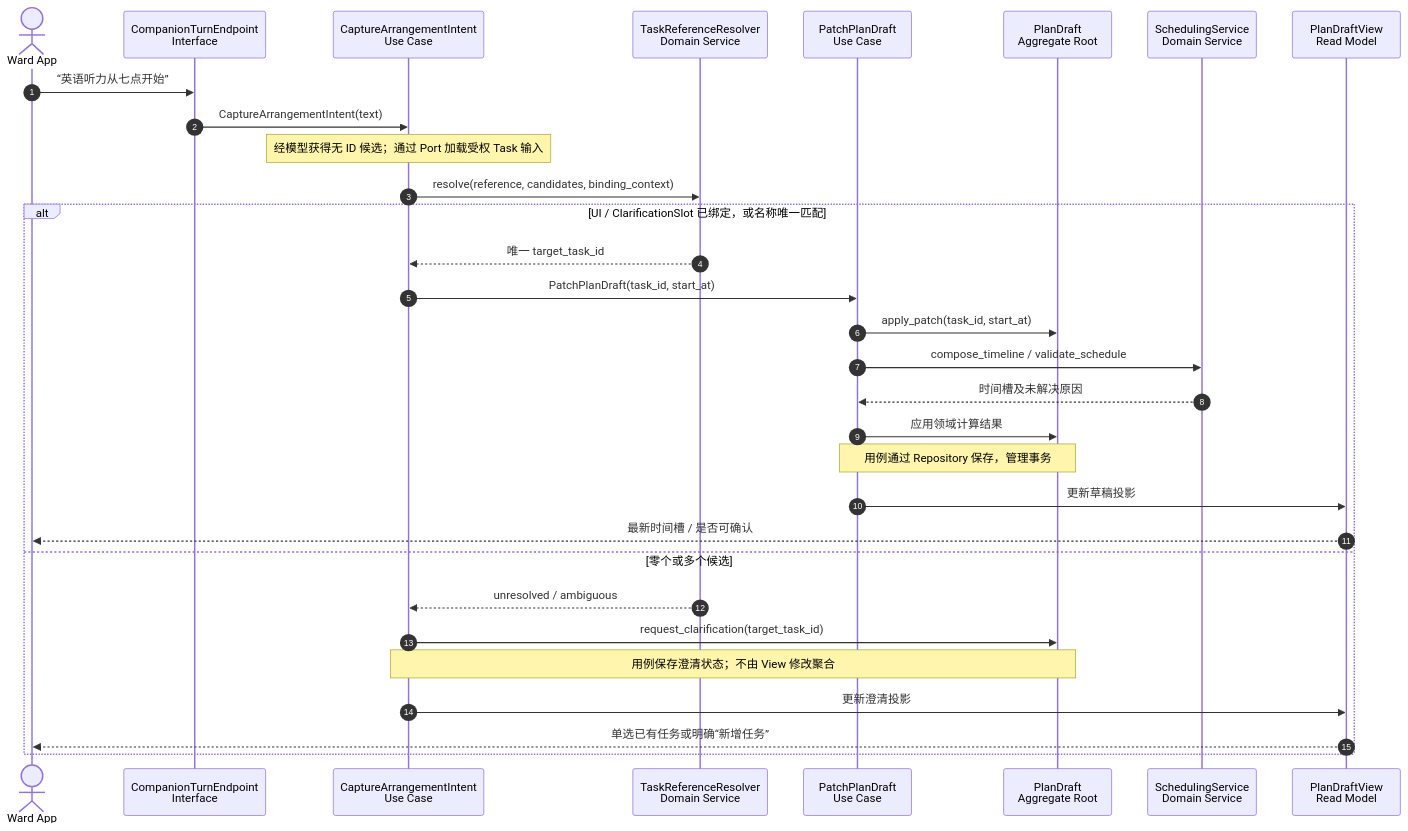
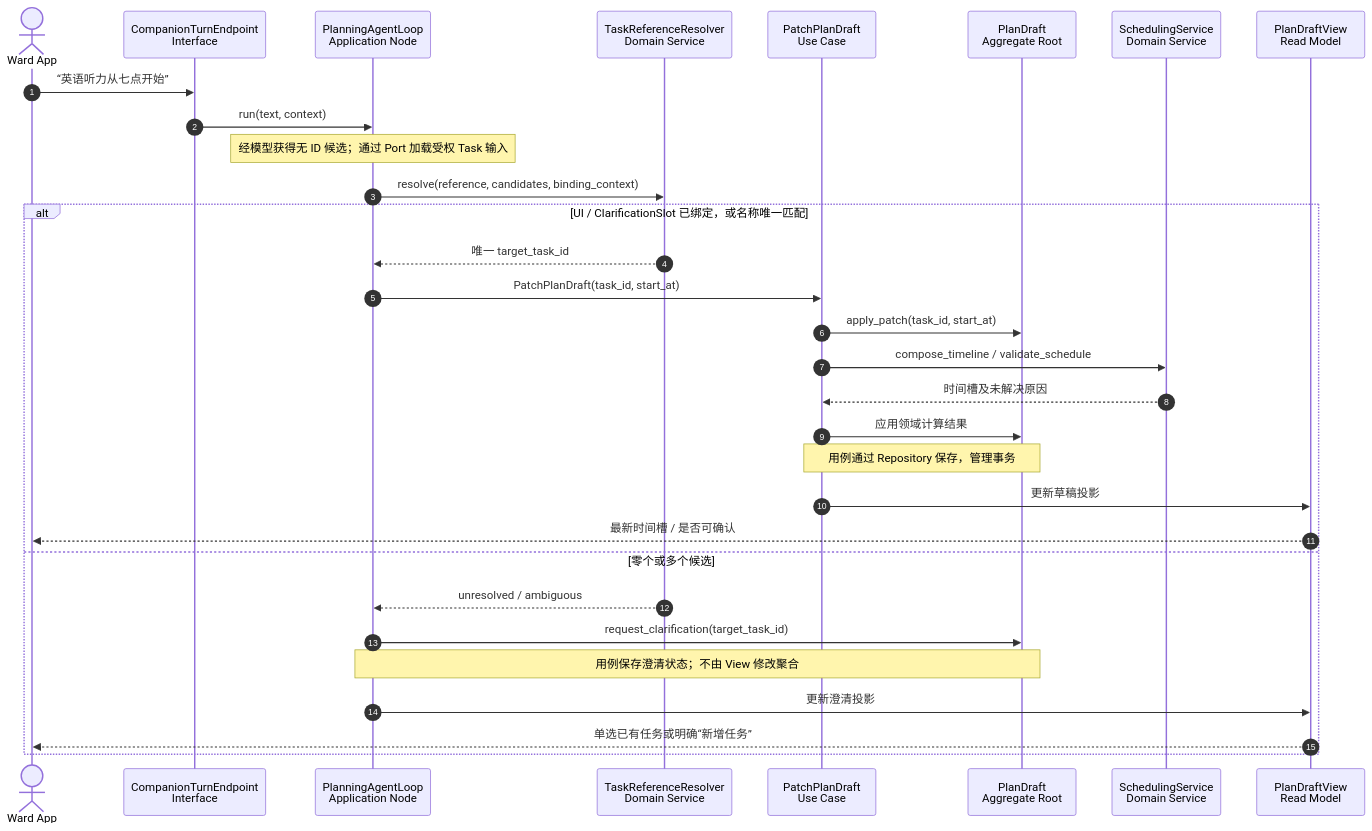
The sixth of 6 diagrams in docs/technical/domain-planning.md (johanchow/duxue), drawn with Mermaid before and after one commit. The commit also changed other lines of this file and 1 other file, not shown here.

````diff
--- a/docs/technical/domain-planning.md
+++ b/docs/technical/domain-planning.md
@@ -428,34 +293,34 @@
 ```mermaid
 sequenceDiagram
     autonumber
     actor W as Ward App
     participant I as CompanionTurnEndpoint<br/>Interface
-    participant U as CaptureArrangementIntent<br/>Use Case
+    participant U as PlanningAgentLoop<br/>Application Node
     participant R as TaskReferenceResolver<br/>Domain Service
     participant P as PatchPlanDraft<br/>Use Case
     participant D as PlanDraft<br/>Aggregate Root
     participant S as SchedulingService<br/>Domain Service
     participant V as PlanDraftView<br/>Read Model
 
     W->>I: “英语听力从七点开始”
-    I->>U: CaptureArrangementIntent(text)
+    I->>U: run(text, context)
     Note over U: 经模型获得无 ID 候选；通过 Port 加载受权 Task 输入
     U->>R: resolve(reference, candidates, binding_context)
     alt UI / ClarificationSlot 已绑定，或名称唯一匹配
         R-->>U: 唯一 target_task_id
         U->>P: PatchPlanDraft(task_id, start_at)
         P->>D: apply_patch(task_id, start_at)
         P->>S: compose_timeline / validate_schedule
         S-->>P: 时间槽及未解决原因
         P->>D: 应用领域计算结果
         Note over P,D: 用例通过 Repository 保存，管理事务
         P->>V: 更新草稿投影
         V-->>W: 最新时间槽 / 是否可确认
     else 零个或多个候选
         R-->>U: unresolved / ambiguous
         U->>D: request_clarification(target_task_id)
         Note over U,D: 用例保存澄清状态；不由 View 修改聚合
         U->>V: 更新澄清投影
         V-->>W: 单选已有任务或明确“新增任务”
     end
 ```
````
